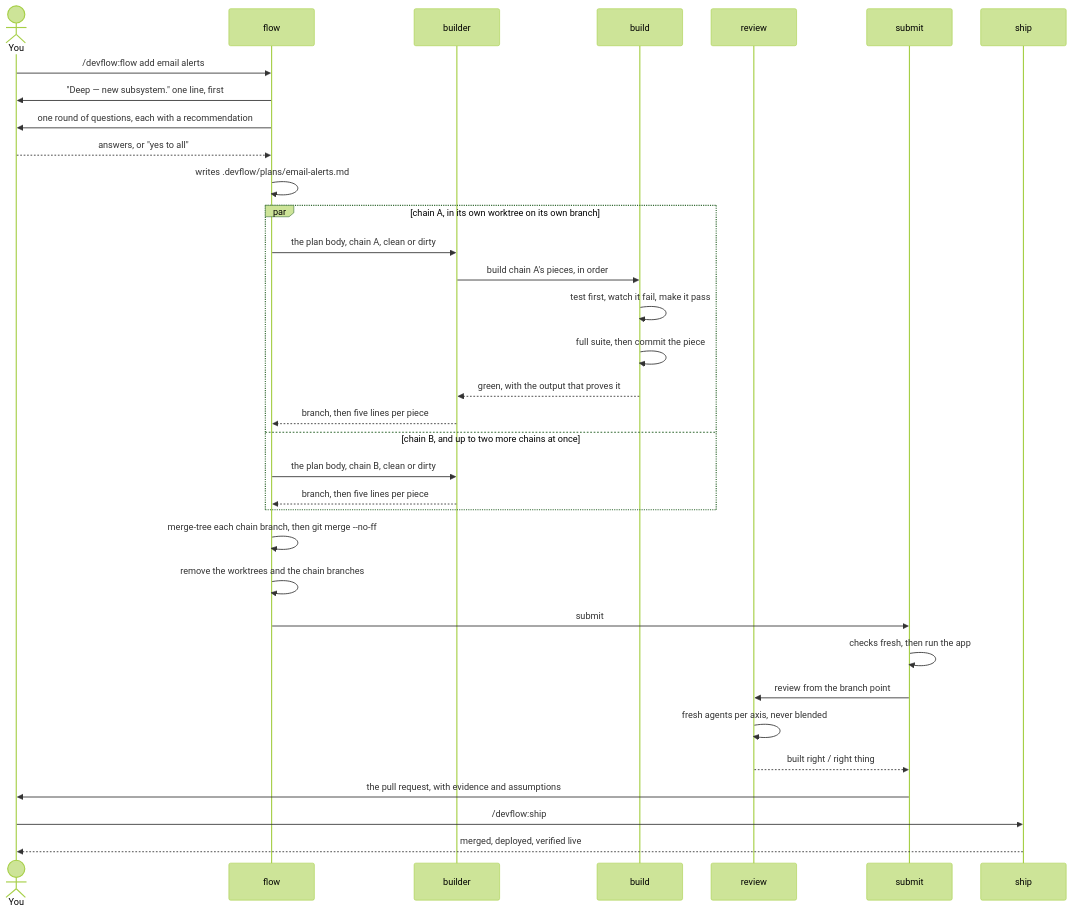
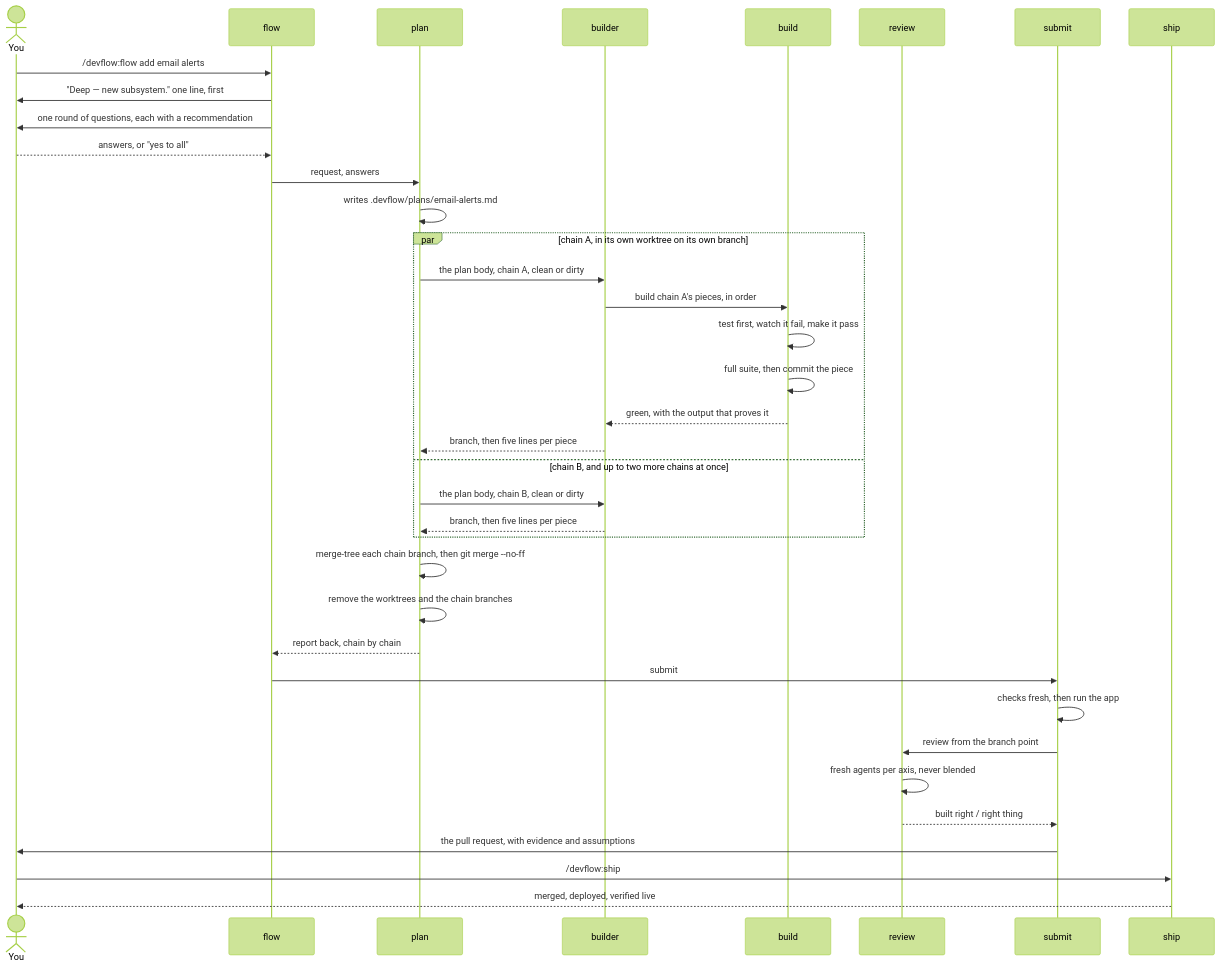
Before and after one commit to eddiechok/agent-devflow: the second of 2 diagrams in docs/pipeline.md, drawn with Mermaid (forest theme). The commit also changed 22 other files, not shown here.

First line of the commit message:
feat(plan): a plan skill of its own, and flow and ship under 500 lines (#65)

````diff
--- a/docs/pipeline.md
+++ b/docs/pipeline.md
@@ -86,39 +86,42 @@
 ```mermaid
 sequenceDiagram
     actor You
     participant flow
+    participant plan
     participant builder
     participant build
     participant review
     participant submit
     participant ship
 
     You->>flow: /devflow:flow add email alerts
     flow->>You: "Deep — new subsystem." one line, first
     flow->>You: one round of questions, each with a recommendation
     You-->>flow: answers, or "yes to all"
-    flow->>flow: writes .devflow/plans/email-alerts.md
+    flow->>plan: request, answers
+    plan->>plan: writes .devflow/plans/email-alerts.md
 
     par chain A, in its own worktree on its own branch
-        flow->>builder: the plan body, chain A, clean or dirty
+        plan->>builder: the plan body, chain A, clean or dirty
         builder->>build: build chain A's pieces, in order
         build->>build: test first, watch it fail, make it pass
         build->>build: full suite, then commit the piece
         build-->>builder: green, with the output that proves it
-        builder-->>flow: branch, then five lines per piece
+        builder-->>plan: branch, then five lines per piece
     and chain B, and up to two more chains at once
-        flow->>builder: the plan body, chain B, clean or dirty
-        builder-->>flow: branch, then five lines per piece
+        plan->>builder: the plan body, chain B, clean or dirty
+        builder-->>plan: branch, then five lines per piece
     end
 
-    flow->>flow: merge-tree each chain branch, then git merge --no-ff
-    flow->>flow: remove the worktrees and the chain branches
+    plan->>plan: merge-tree each chain branch, then git merge --no-ff
+    plan->>plan: remove the worktrees and the chain branches
+    plan-->>flow: report back, chain by chain
     flow->>submit: submit
     submit->>submit: checks fresh, then run the app
     submit->>review: review from the branch point
     review->>review: fresh agents per axis, never blended
     review-->>submit: built right / right thing
     submit->>You: the pull request, with evidence and assumptions
     You->>ship: /devflow:ship
     ship-->>You: merged, deployed, verified live
 ```
````
